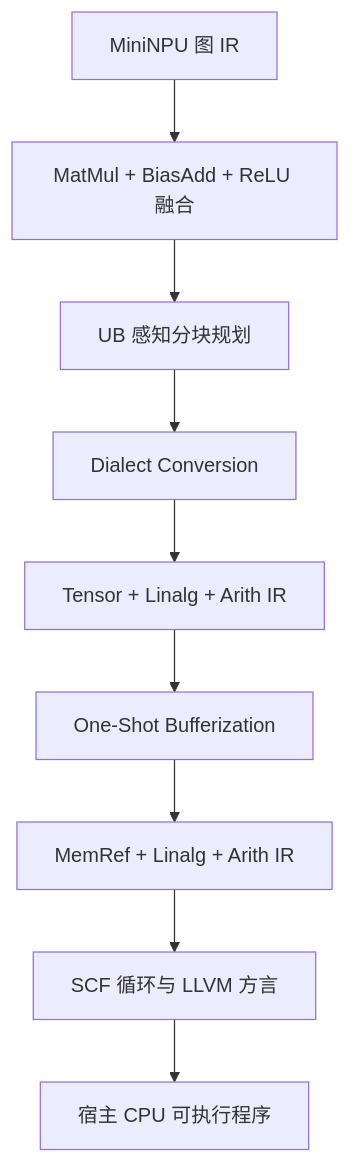
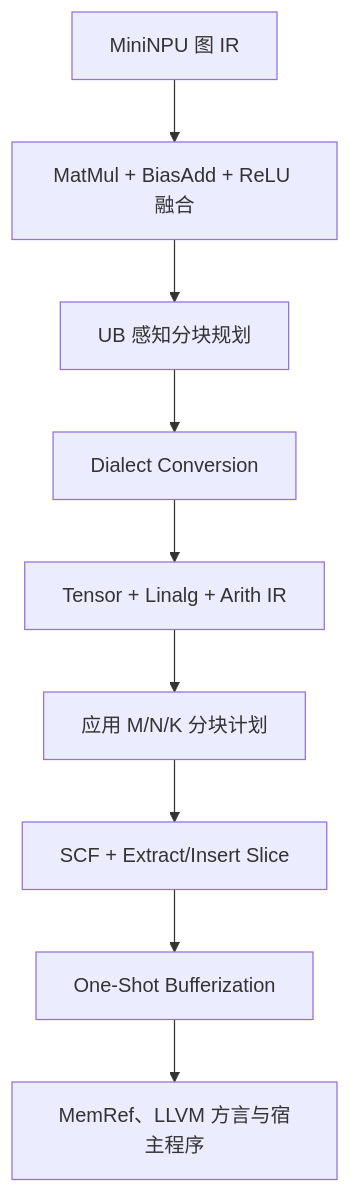
The diagram in README_CN.md (fuxiangdu/mininpu-compiler), drawn with Mermaid before and after one commit. The commit also changed other lines of this file and 17 other files, not shown here.

````diff
--- a/README_CN.md
+++ b/README_CN.md
@@ -20,11 +21,11 @@
 ```mermaid
 flowchart TD
     A["MiniNPU 图 IR"] --> B["MatMul + BiasAdd + ReLU 融合"]
     B --> C["UB 感知分块规划"]
     C --> D["Dialect Conversion"]
     D --> E["Tensor + Linalg + Arith IR"]
-    E --> F["One-Shot Bufferization"]
-    F --> G["MemRef + Linalg + Arith IR"]
-    G --> H["SCF 循环与 LLVM 方言"]
-    H --> I["宿主 CPU 可执行程序"]
+    E --> F["应用 M/N/K 分块计划"]
+    F --> G["SCF + Extract/Insert Slice"]
+    G --> H["One-Shot Bufferization"]
+    H --> I["MemRef、LLVM 方言与宿主程序"]
 ```
````
